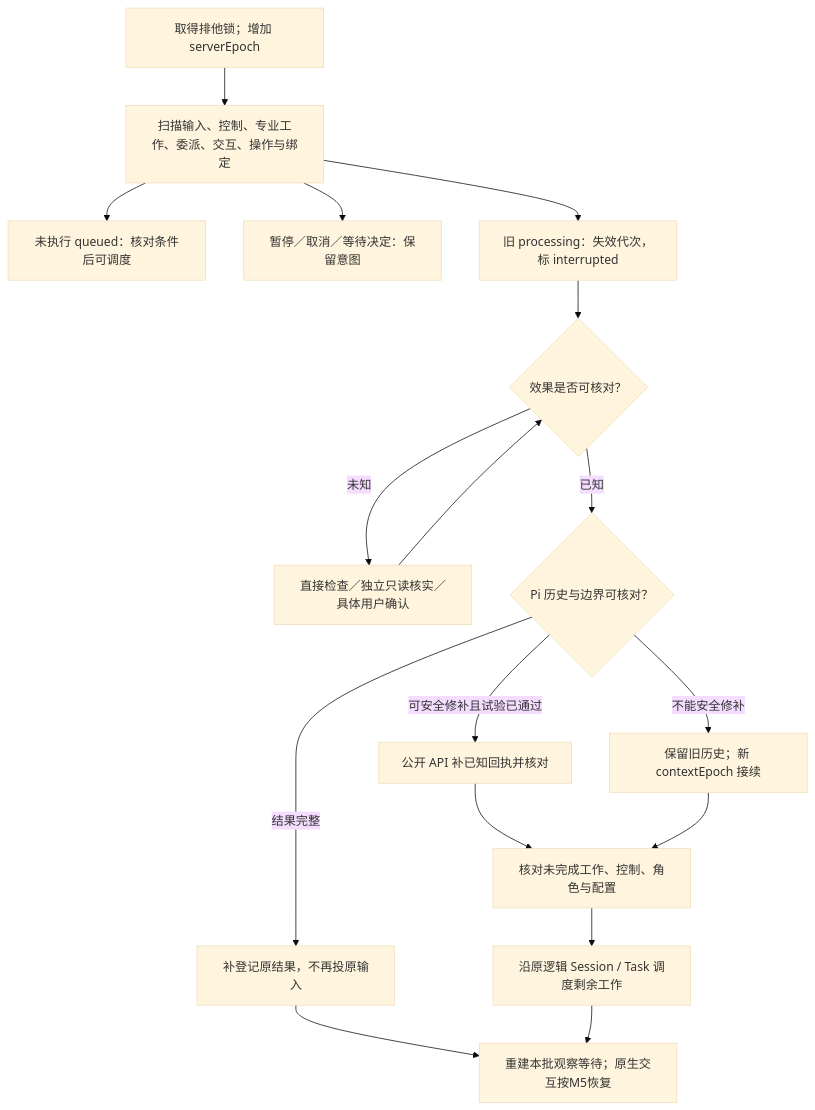
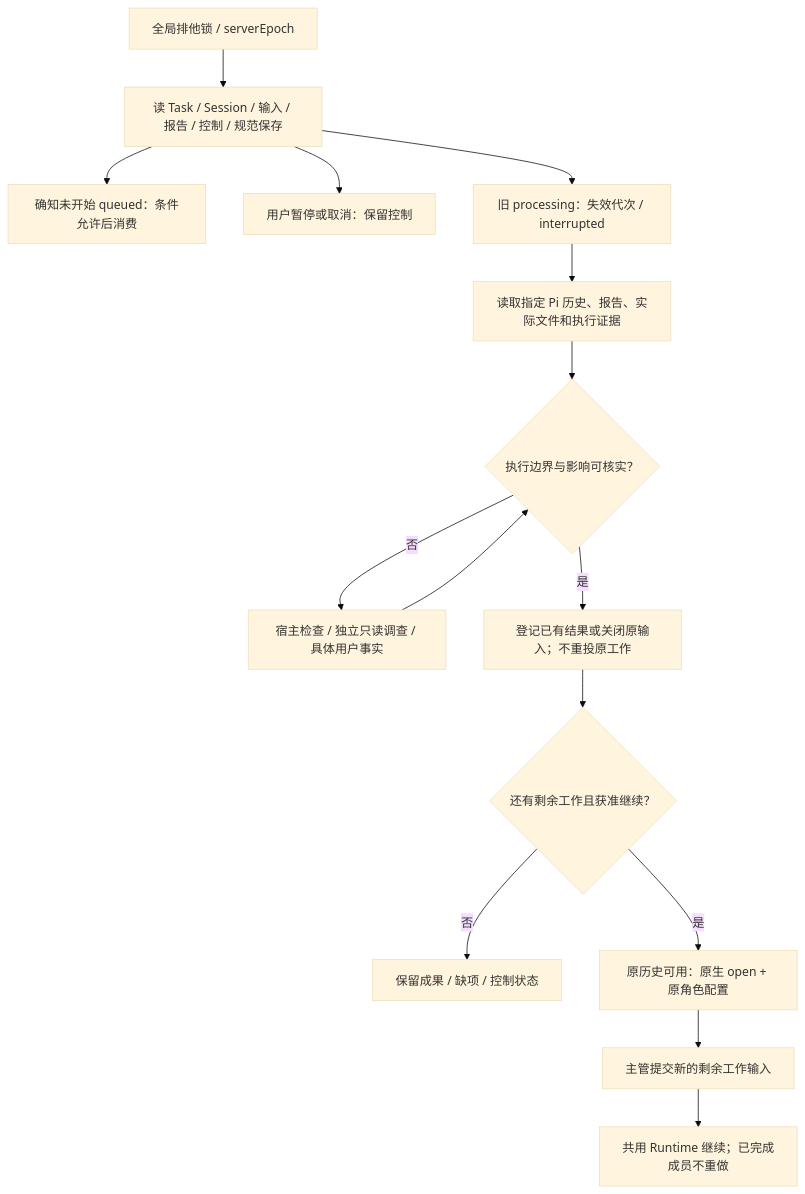
The diagram in docs/technicalnew/storage-and-recovery.md (mojiaicrypto-ops/Kaiming), drawn with Mermaid (base theme) before and after one commit. The commit also changed other lines of this file and 31 other files, not shown here.

````diff
--- a/docs/technicalnew/storage-and-recovery.md
+++ b/docs/technicalnew/storage-and-recovery.md
@@ -204,19 +152,17 @@
 ```mermaid
 flowchart TD
-  BOOT[取得排他锁；增加 serverEpoch] --> SCAN[扫描输入、控制、专业工作、委派、交互、操作与绑定]
-  SCAN --> QUEUED[未执行 queued：核对条件后可调度]
-  SCAN --> CONTROL[暂停／取消／等待决定：保留意图]
-  SCAN --> INTERRUPT[旧 processing：失效代次，标 interrupted]
-  INTERRUPT --> EFFECT{效果是否可核对？}
-  EFFECT -->|未知| HOLD[直接检查／独立只读核实／具体用户确认]
-  HOLD --> EFFECT
-  EFFECT -->|已知| HISTORY{Pi 历史与边界可核对？}
-  HISTORY -->|结果完整| REGISTER[补登记原结果，不再投原输入]
-  HISTORY -->|可安全修补且试验已通过| REPAIR[公开 API 补已知回执并核对]
-  HISTORY -->|不能安全修补| HANDOFF[保留旧历史；新 contextEpoch 接续]
-  REPAIR --> CHECK[核对未完成工作、控制、角色与配置]
-  HANDOFF --> CHECK
-  CHECK --> CONTINUE[沿原逻辑 Session / Task 调度剩余工作]
-  REGISTER --> NOTIFY[重建本批观察等待；原生交互按M5恢复]
-  CONTINUE --> NOTIFY
+  BOOT[全局排他锁 / serverEpoch] --> SCAN[读 Task / Session / 输入 / 报告 / 控制 / 规范保存]
+  SCAN --> QUEUED[确知未开始 queued：条件允许后消费]
+  SCAN --> HOLD[用户暂停或取消：保留控制]
+  SCAN --> INTERRUPT[旧 processing：失效代次 / interrupted]
+  INTERRUPT --> FACTS[读取指定 Pi 历史、报告、实际文件和执行证据]
+  FACTS --> KNOWN{执行边界与影响可核实？}
+  KNOWN -->|否| CHECK[宿主检查 / 独立只读调查 / 具体用户事实]
+  CHECK --> KNOWN
+  KNOWN -->|是| CLOSE[登记已有结果或关闭原输入；不重投原工作]
+  CLOSE --> REMAIN{还有剩余工作且获准继续？}
+  REMAIN -->|否| KEEP[保留成果 / 缺项 / 控制状态]
+  REMAIN -->|是| OPEN[原历史可用：原生 open + 原角色配置]
+  OPEN --> NEW[主管提交新的剩余工作输入]
+  NEW --> RUN[共用 Runtime 继续；已完成成员不重做]
 ```
````
